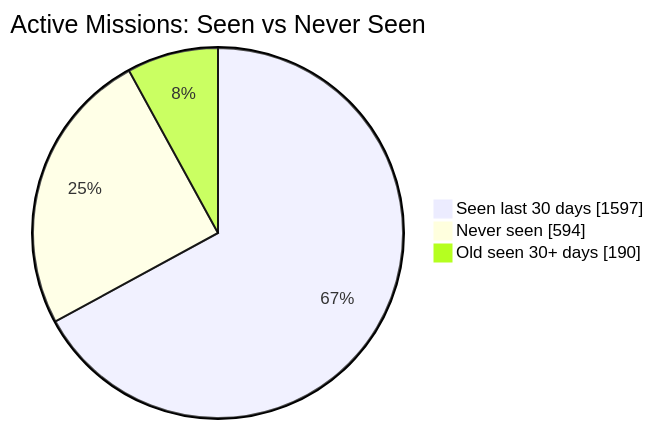
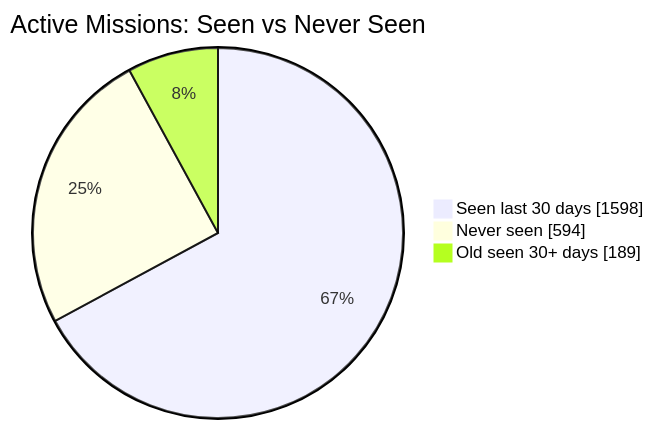
Before and after one commit to MeldkamerspelGameTeam/active-missions: the first of 2 diagrams in README.md, drawn with Mermaid. The commit also changed other lines of this file and 2 other files, not shown here.

````diff
--- a/README.md
+++ b/README.md
@@ -34,7 +34,7 @@
 ```mermaid
 pie showData
     title Active Missions: Seen vs Never Seen
-    "Seen last 30 days" : 1597
+    "Seen last 30 days" : 1598
     "Never seen" : 594
-    "Old seen 30+ days" : 190
+    "Old seen 30+ days" : 189
 ```
````
